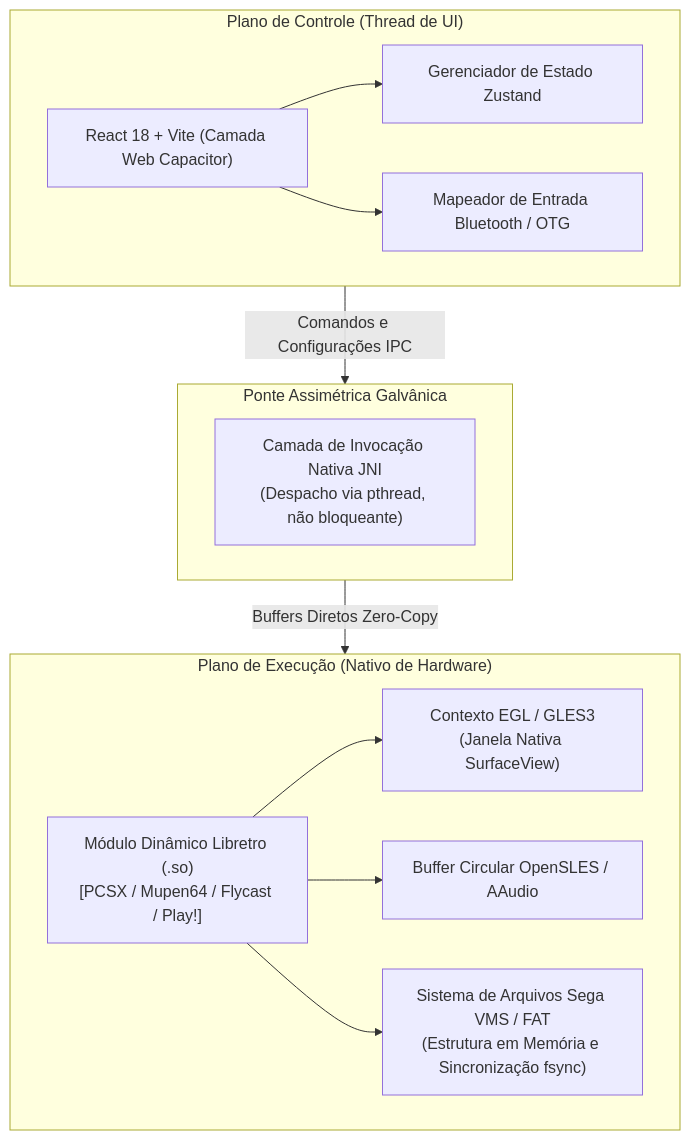
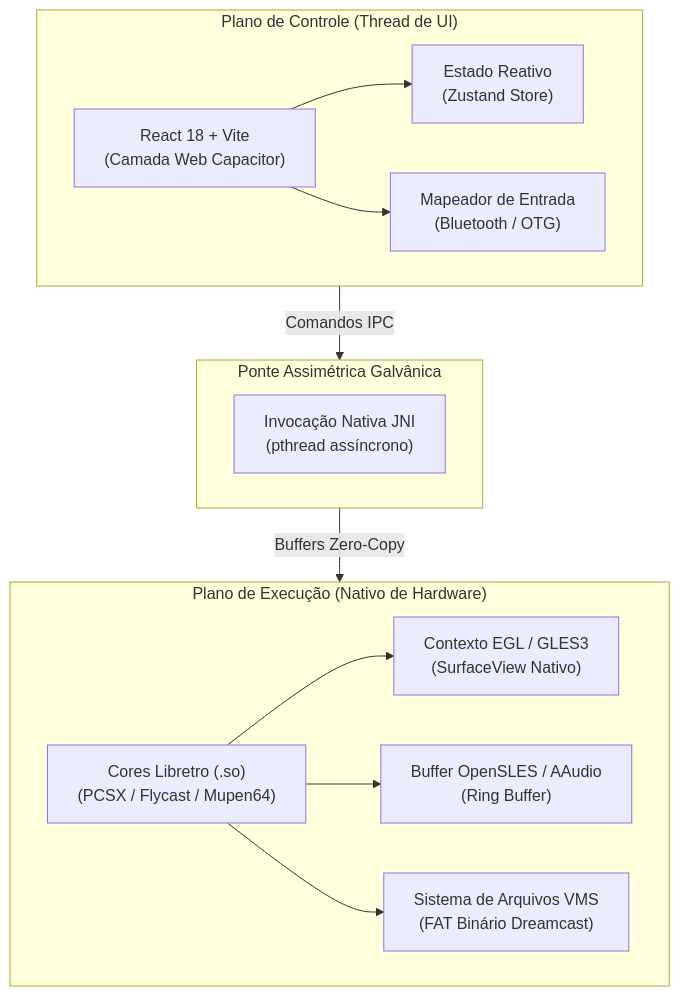
Before and after one commit to welzim19-star/capivara-emu: the diagram in README.pt-BR.md, drawn with Mermaid. The commit also changed 2 other files, not shown here.

Commit message:
fix(diagram): format node labels with br and optimize label widths to eliminate text clipping

````diff
--- a/README.pt-BR.md
+++ b/README.pt-BR.md
@@ -24,28 +24,28 @@
 ```mermaid
 flowchart TD
     subgraph UI_PLANE["Plano de Controle (Thread de UI)"]
-        UI["React 18 + Vite (Camada Web Capacitor)"]
-        State["Gerenciador de Estado Zustand"]
-        BT["Mapeador de Entrada Bluetooth / OTG"]
+        UI["React 18 + Vite<br/>(Camada Web Capacitor)"]
+        State["Estado Reativo<br/>(Zustand Store)"]
+        BT["Mapeador de Entrada<br/>(Bluetooth / OTG)"]
         UI --> State
         UI --> BT
     end
 
     subgraph JNI_BRIDGE["Ponte Assimétrica Galvânica"]
-        Bridge["Camada de Invocação Nativa JNI\n(Despacho via pthread, não bloqueante)"]
+        Bridge["Invocação Nativa JNI<br/>(pthread assíncrono)"]
     end
 
     subgraph ENGINE_PLANE["Plano de Execução (Nativo de Hardware)"]
-        Core["Módulo Dinâmico Libretro (.so)\n[PCSX / Mupen64 / Flycast / Play!]"]
-        EGL["Contexto EGL / GLES3\n(Janela Nativa SurfaceView)"]
-        Audio["Buffer Circular OpenSLES / AAudio"]
-        VMS["Sistema de Arquivos Sega VMS / FAT\n(Estrutura em Memória e Sincronização fsync)"]
+        Core["Cores Libretro (.so)<br/>(PCSX / Flycast / Mupen64)"]
+        EGL["Contexto EGL / GLES3<br/>(SurfaceView Nativo)"]
+        Audio["Buffer OpenSLES / AAudio<br/>(Ring Buffer)"]
+        VMS["Sistema de Arquivos VMS<br/>(FAT Binário Dreamcast)"]
         
         Core --> EGL
         Core --> Audio
         Core --> VMS
     end
 
-    UI_PLANE -- "Comandos e Configurações IPC" --> JNI_BRIDGE
-    JNI_BRIDGE -- "Buffers Diretos Zero-Copy" --> ENGINE_PLANE
+    UI_PLANE -- "Comandos IPC" --> JNI_BRIDGE
+    JNI_BRIDGE -- "Buffers Zero-Copy" --> ENGINE_PLANE
 ```
````
